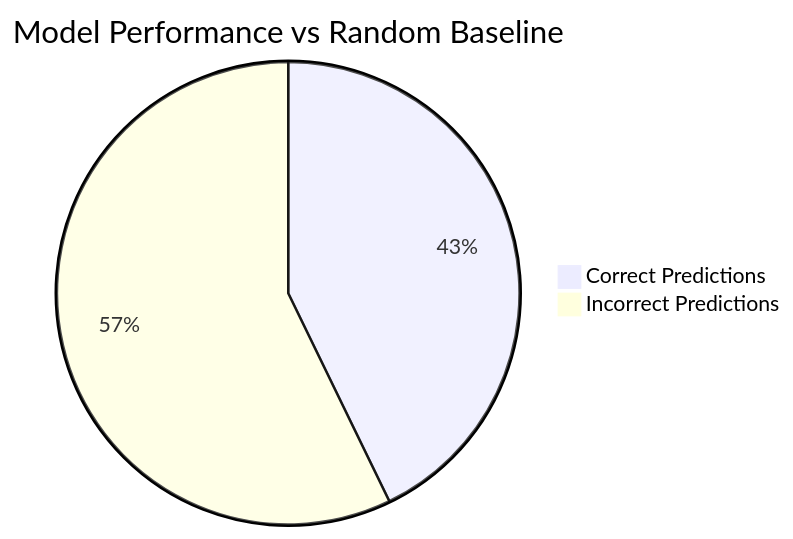
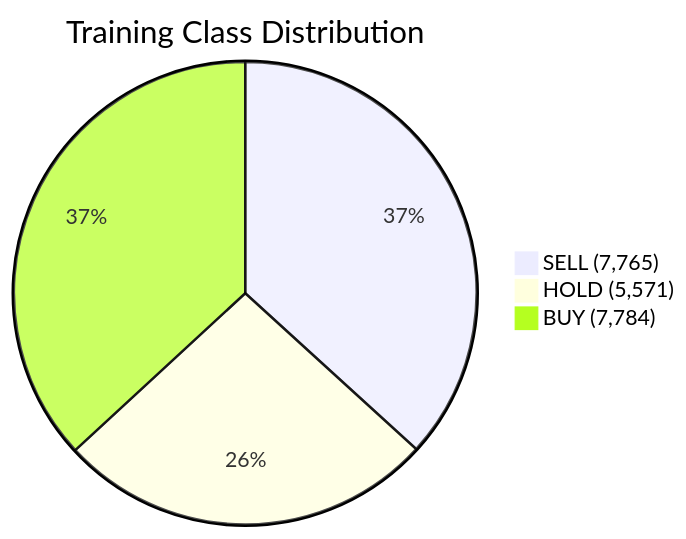
One commit to michaelzus/FinTweet-ML changed the first of 7 diagrams in docs/RESULTS.md. Above: the diagram before and after it, drawn with Mermaid. The commit also changed other lines of this file and 2 other files, not shown here.

````diff
--- a/docs/RESULTS.md
+++ b/docs/RESULTS.md
@@ -17,5 +44,6 @@
 ```mermaid
-pie title Model Performance vs Random Baseline
-    "Correct Predictions" : 42.8
-    "Incorrect Predictions" : 57.2
+pie title Training Class Distribution
+    "SELL (7,765)" : 36.8
+    "HOLD (5,571)" : 26.4
+    "BUY (7,784)" : 36.9
 ```
````
